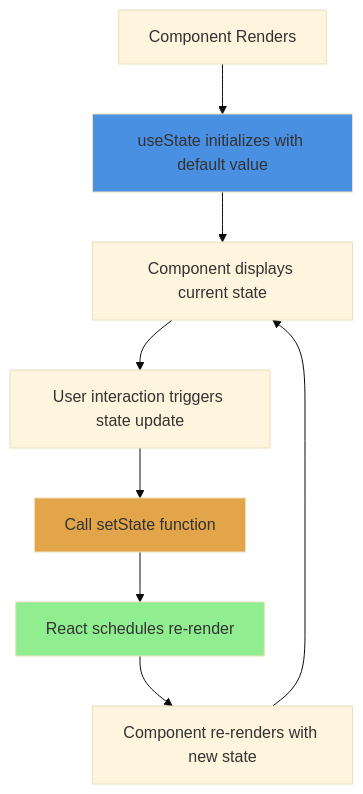
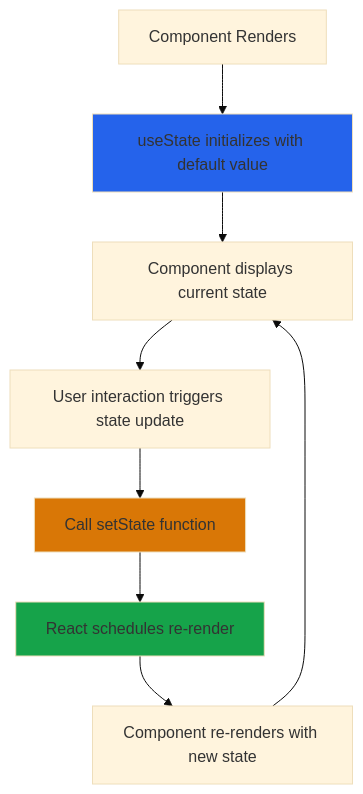
The first of 2 diagrams in react/useState/README.md (upasanaprabhakar/web-dev-handbook), drawn with Mermaid (base theme) before and after one commit.

Commit message:
use state topic with examples

````diff
--- a/react/useState/README.md
+++ b/react/useState/README.md
@@ -52,14 +52,14 @@
 ```mermaid
 graph TD
     A[Component Renders] --> B[useState initializes with default value]
     B --> C[Component displays current state]
     C --> D[User interaction triggers state update]
     D --> E[Call setState function]
     E --> F[React schedules re-render]
     F --> G[Component re-renders with new state]
     G --> C
     
-    style B fill:#4a90e2
-    style E fill:#e2a54a
-    style F fill:#90EE90
+    style B fill:#2563EB
+    style E fill:#D97706
+    style F fill:#16A34A
 ```
````
